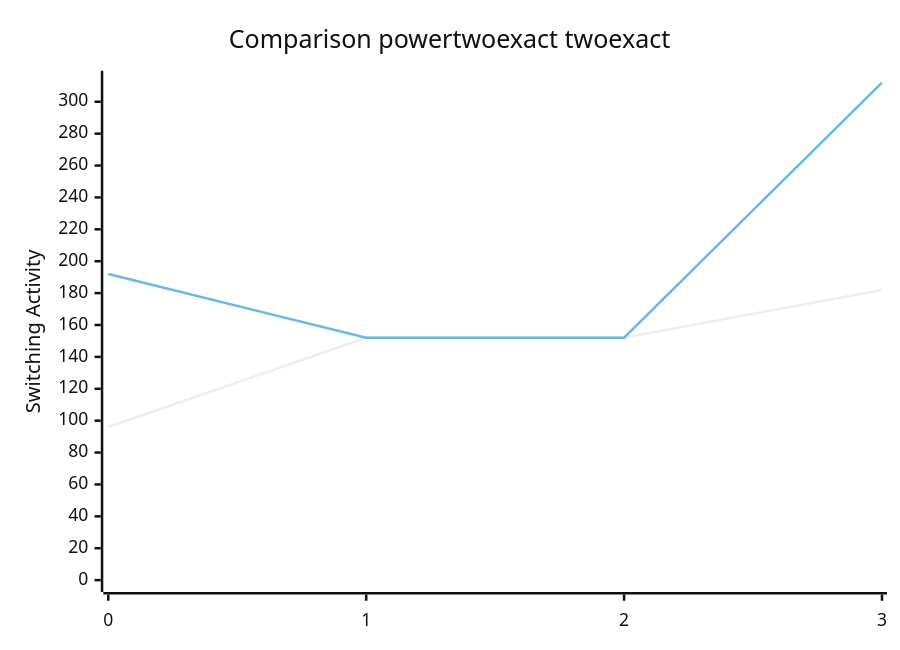
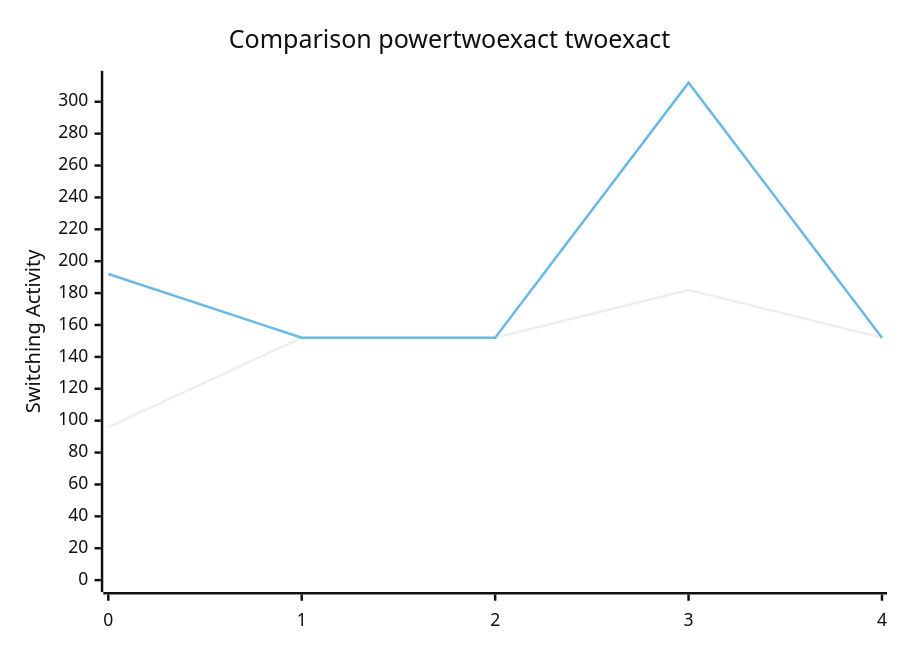
The diagram in benchmark.md (FeldmeierMichael/Exact-Power-Synthesis), drawn with Mermaid (neutral theme) before and after one commit. The commit also changed other lines of this file and 2 other files, not shown here.

````diff
--- a/benchmark.md
+++ b/benchmark.md
@@ -19,8 +21,8 @@
 ```mermaid
 xychart-beta
     title "Comparison powertwoexact twoexact"
-    x-axis [0, 1, 2, 3]
+    x-axis [0, 1, 2, 3, 4]
     y-axis "Switching Activity" 0-->312
-    line [96, 152, 152, 182]
-    line [192, 152, 152, 312]
+    line [96, 152, 152, 182, 152]
+    line [192, 152, 152, 312, 152]
 ```
````
